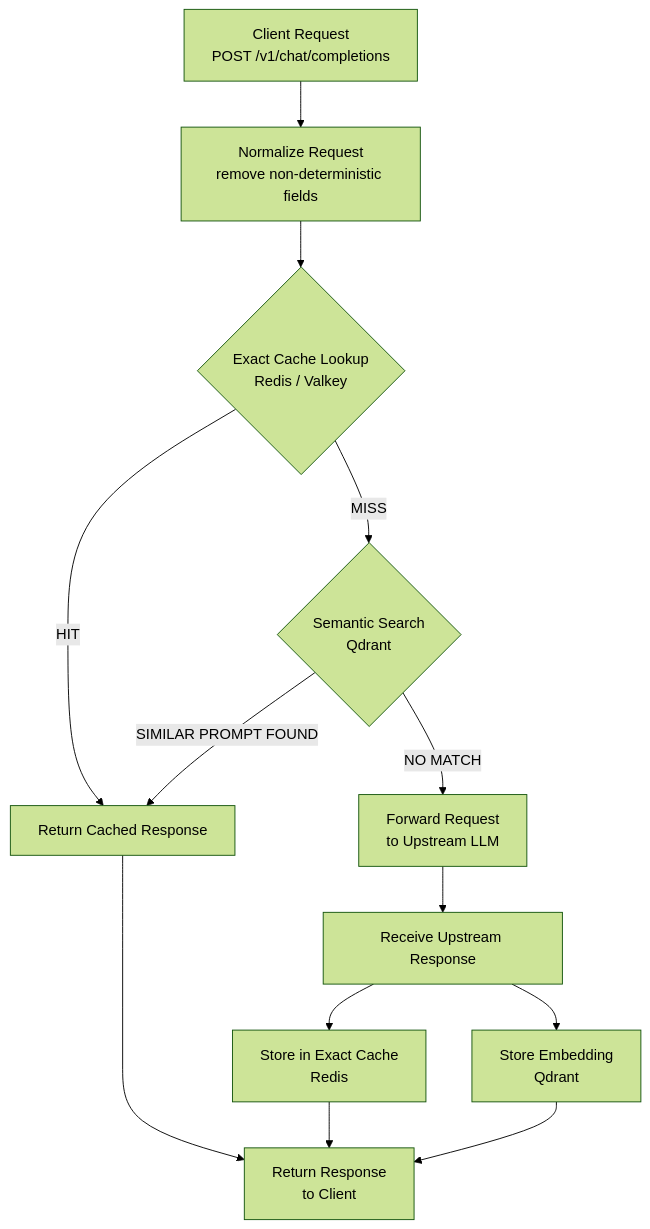
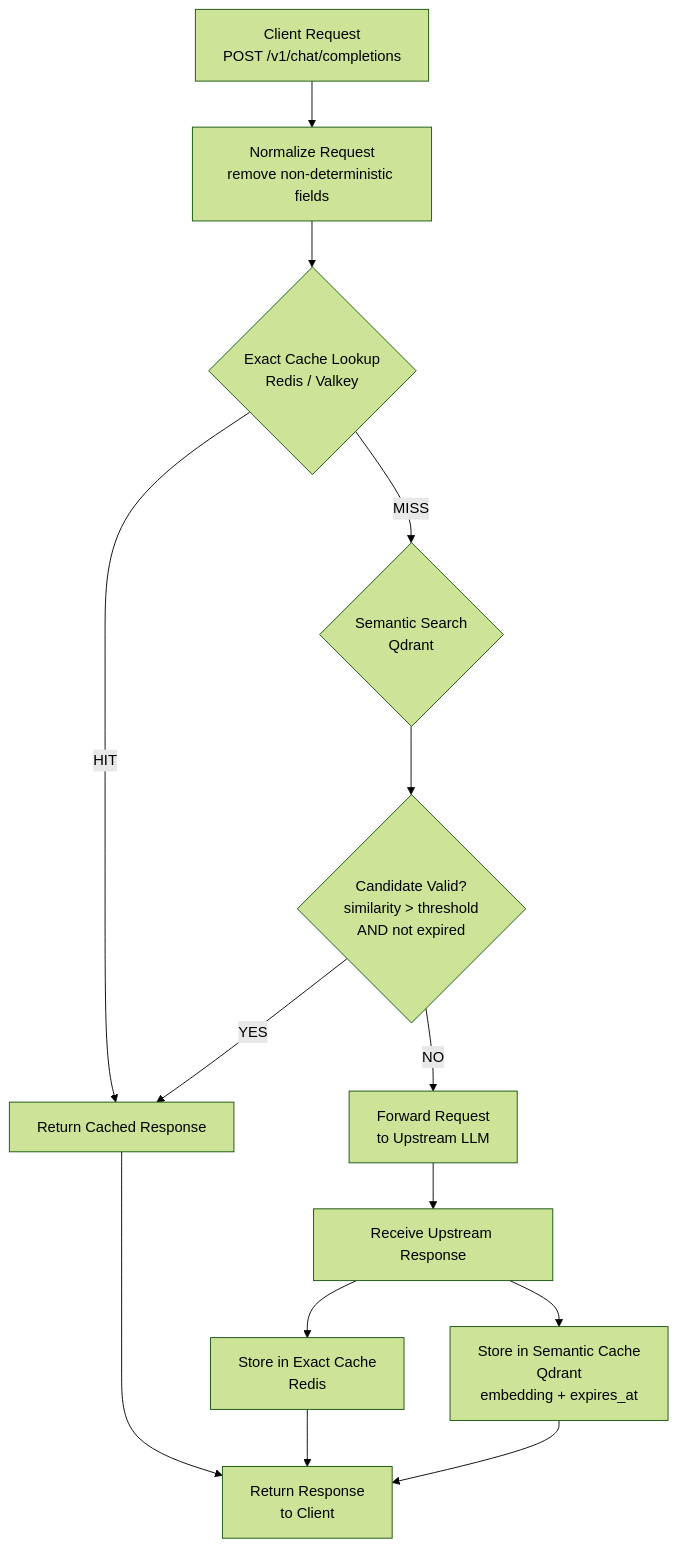
One commit to vcal-project/ai-firewall changed the diagram in docs/how-it-works.md. Above: the diagram before and after it, drawn with Mermaid (forest theme). The commit also changed other lines of this file and 17 other files, not shown here.

Commit message:
release: v0.1.5 (Semantic cache lifecycle control)

````diff
--- a/docs/how-it-works.md
+++ b/docs/how-it-works.md
@@ -14,41 +14,45 @@
 ```mermaid
 flowchart TD
 
     A[Client Request<br/>POST /v1/chat/completions]
 
     B[Normalize Request<br/>remove non-deterministic fields]
 
     C{Exact Cache Lookup<br/>Redis / Valkey}
 
     D[Return Cached Response]
 
     E{Semantic Search<br/>Qdrant}
 
+    E2{Candidate Valid?<br/>similarity &gt; threshold<br/>AND not expired}
+
     F[Forward Request<br/>to Upstream LLM]
 
     G[Receive Upstream Response]
 
     H[Store in Exact Cache<br/>Redis]
 
-    I[Store Embedding<br/>Qdrant]
+    I[Store in Semantic Cache<br/>Qdrant<br/>embedding + expires_at]
 
     J[Return Response<br/>to Client]
 
     A --> B
     B --> C
 
     C -->|HIT| D
     D --> J
 
     C -->|MISS| E
 
-    E -->|SIMILAR PROMPT FOUND| D
-    E -->|NO MATCH| F
+    E --> E2
+
+    E2 -->|YES| D
+    E2 -->|NO| F
 
     F --> G
     G --> H
     G --> I
 
     H --> J
     I --> J
 ```
````
